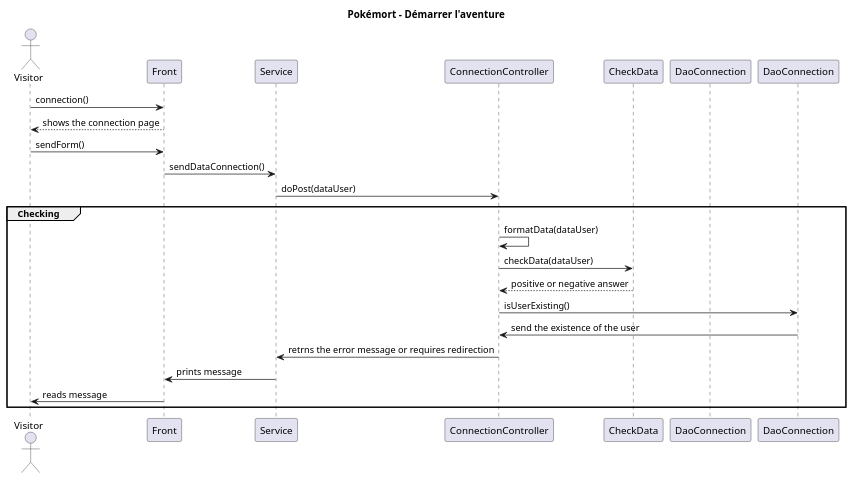
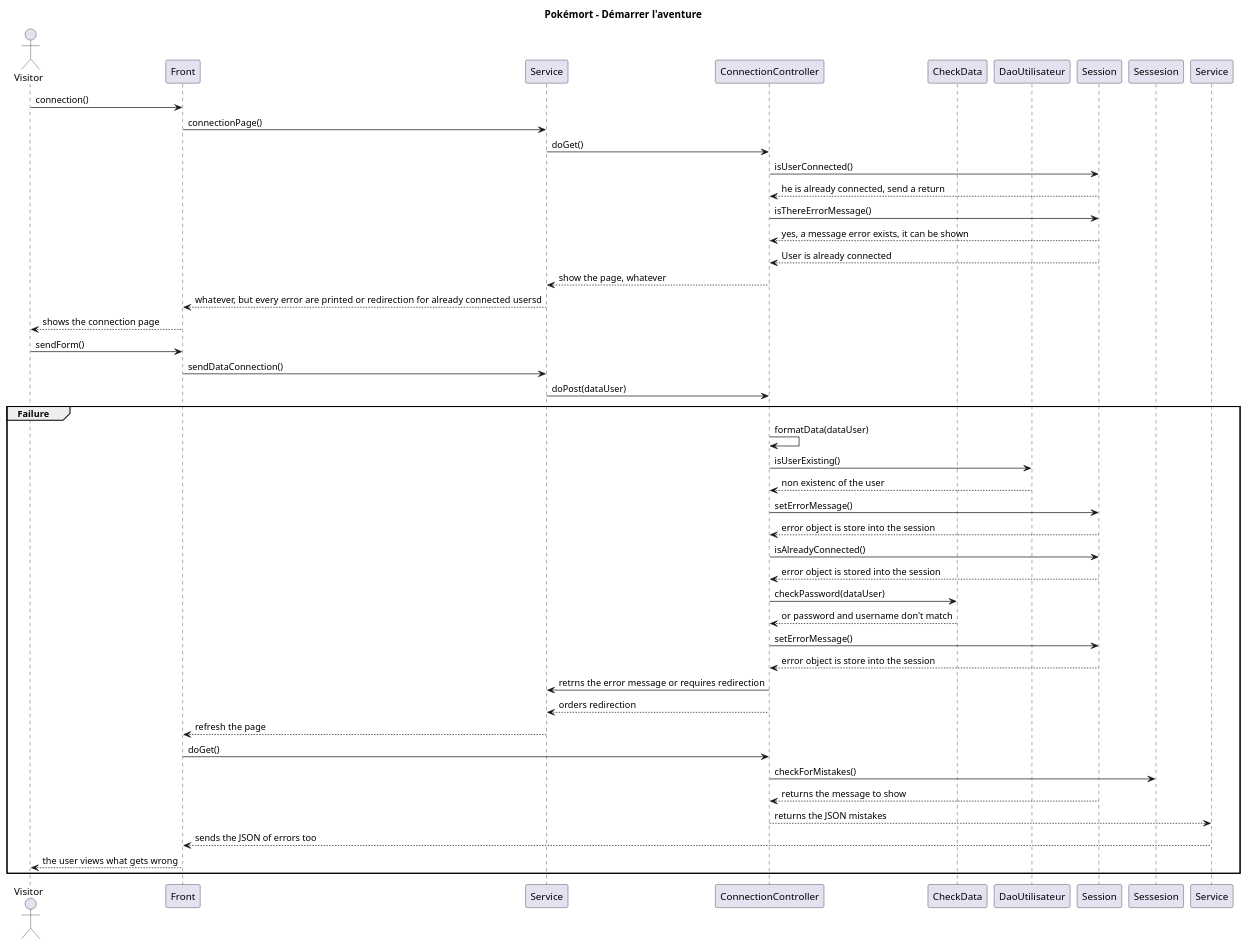
The diagram in documents/merise/uml/sequences/user/ConnectUser/ConnectUserFailure.wsd (cedwics10/pokemort), drawn with PlantUML before and after one commit.

Commit message:
Connection cases (failure + success) created

```diff
--- a/documents/merise/uml/sequences/user/ConnectUser/ConnectUserFailure.wsd
+++ b/documents/merise/uml/sequences/user/ConnectUser/ConnectUserFailure.wsd
@@ -1,26 +1,51 @@
 @startuml
 title Pokémort - Démarrer l'aventure
 
 actor Visitor
 participant "Front" as Front
-participant "Service" as ServiceConnection
-participant "ConnectionController" as ConnectCtrl
+participant "Service" as ServiceUtilisateur
+
+participant "ConnectionController" as UtilisateurCtrl
+
 participant "CheckData" as CheckData
-participant "DaoConnection" as InscDao
+participant "DaoUtilisateur" as DaoUtilisateur
+
 
 Visitor -> Front : connection()
+Front -> ServiceUtilisateur : connectionPage()
+ServiceUtilisateur -> UtilisateurCtrl : doGet()
+UtilisateurCtrl -> Session : isUserConnected()
+Session --> UtilisateurCtrl : he is already connected, send a return
+UtilisateurCtrl -> Session : isThereErrorMessage()
+Session --> UtilisateurCtrl : yes, a message error exists, it can be shown
+Session --> UtilisateurCtrl : User is already connected
+UtilisateurCtrl --> ServiceUtilisateur : show the page, whatever
+ServiceUtilisateur --> Front : whatever, but every error are printed or redirection for already connected usersd
 Front --> Visitor : shows the connection page
 Visitor -> Front : sendForm()
-Front -> ServiceConnection : sendDataConnection()
-ServiceConnection -> ConnectCtrl : doPost(dataUser)
-group Checking
-ConnectCtrl -> ConnectCtrl : formatData(dataUser)
-ConnectCtrl -> CheckData : checkData(dataUser)
-CheckData --> ConnectCtrl : positive or negative answer
-ConnectCtrl -> DaoConnection : isUserExisting()
-DaoConnection -> ConnectCtrl : send the existence of the user
-ConnectCtrl -> ServiceConnection  : retrns the error message or requires redirection
-ServiceConnection -> Front : prints message
-Front -> Visitor : reads message
+Front -> ServiceUtilisateur : sendDataConnection()
+ServiceUtilisateur -> UtilisateurCtrl : doPost(dataUser)
+group Failure
+UtilisateurCtrl -> UtilisateurCtrl : formatData(dataUser)
+UtilisateurCtrl -> DaoUtilisateur : isUserExisting()
+DaoUtilisateur --> UtilisateurCtrl : non existenc of the user
+UtilisateurCtrl -> Session : setErrorMessage()
+Session --> UtilisateurCtrl : error object is store into the session 
+UtilisateurCtrl -> Session : isAlreadyConnected()
+Session --> UtilisateurCtrl : error object is stored into the session
+UtilisateurCtrl -> CheckData : checkPassword(dataUser)
+CheckData --> UtilisateurCtrl : or password and username don't match
+UtilisateurCtrl -> Session : setErrorMessage()
+Session --> UtilisateurCtrl : error object is store into the session 
+UtilisateurCtrl -> ServiceUtilisateur : retrns the error message or requires redirection
+UtilisateurCtrl --> ServiceUtilisateur : orders redirection
+ServiceUtilisateur --> Front : refresh the page
+Front -> UtilisateurCtrl : doGet()
+UtilisateurCtrl -> Sessesion : checkForMistakes()
+Session --> UtilisateurCtrl : returns the message to show
+UtilisateurCtrl  --> Service : returns the JSON mistakes
+Service --> Front : sends the JSON of errors too 
+Front --> Visitor : the user views what gets wrong
+
 end
 @enduml
```
